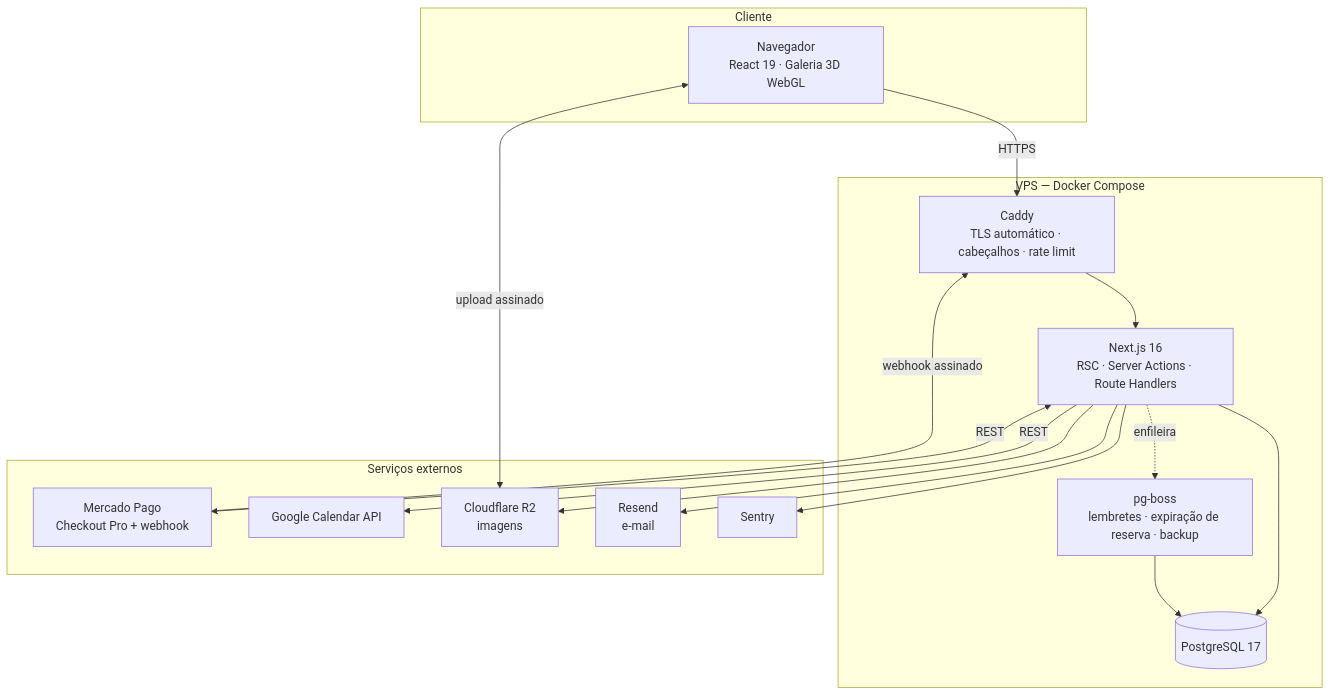
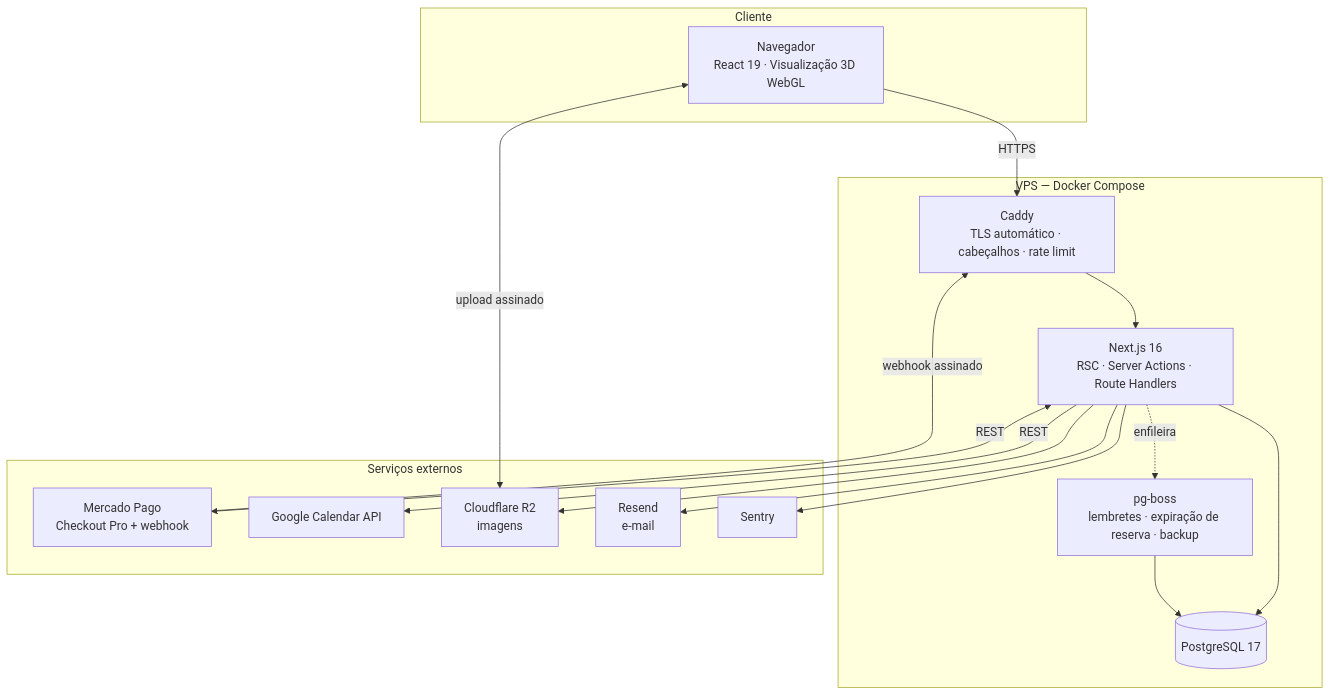
One commit to caioalves19/tcc-2 changed the diagram in docs/ESCOPO-E-STACK.md. Above: the diagram before and after it, drawn with Mermaid. The commit also changed other lines of this file and 6 other files, not shown here.

````diff
--- a/docs/ESCOPO-E-STACK.md
+++ b/docs/ESCOPO-E-STACK.md
@@ -516,33 +292,33 @@
 ```mermaid
 graph TB
     subgraph Cliente
-        B["Navegador<br/>React 19 · Galeria 3D WebGL"]
+        B["Navegador<br/>React 19 · Visualização 3D WebGL"]
     end
 
     subgraph VPS["VPS — Docker Compose"]
         C["Caddy<br/>TLS automático · cabeçalhos · rate limit"]
         A["Next.js 16<br/>RSC · Server Actions · Route Handlers"]
         W["pg-boss<br/>lembretes · expiração de reserva · backup"]
         D[("PostgreSQL 17")]
     end
 
     subgraph Externos["Serviços externos"]
         MP["Mercado Pago<br/>Checkout Pro + webhook"]
         GC["Google Calendar API"]
         R2["Cloudflare R2<br/>imagens"]
         RS["Resend<br/>e-mail"]
         SE["Sentry"]
     end
 
     B -->|HTTPS| C --> A
     A --> D
     W --> D
     A -.->|enfileira| W
     A <-->|REST| MP
     MP -->|webhook assinado| C
     A -->|REST| GC
     B <-->|upload assinado| R2
     A --> R2
     A --> RS
     A --> SE
 ```
````
